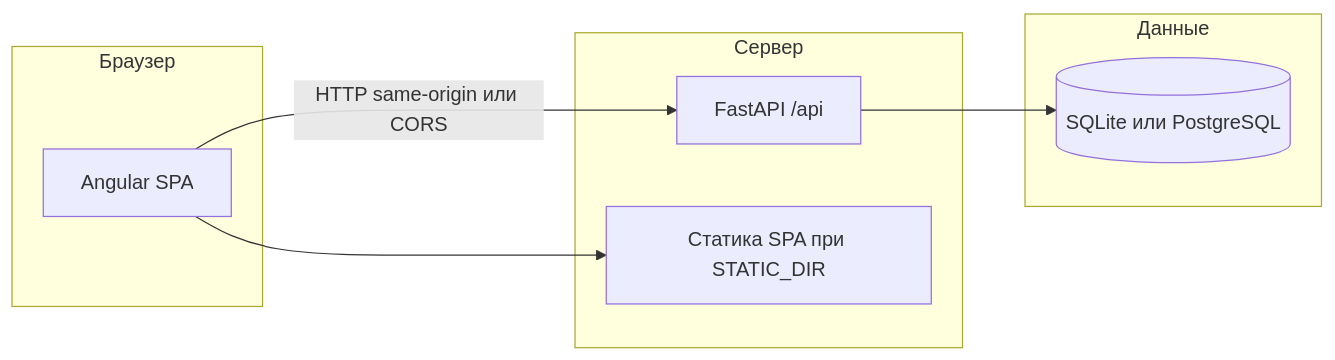
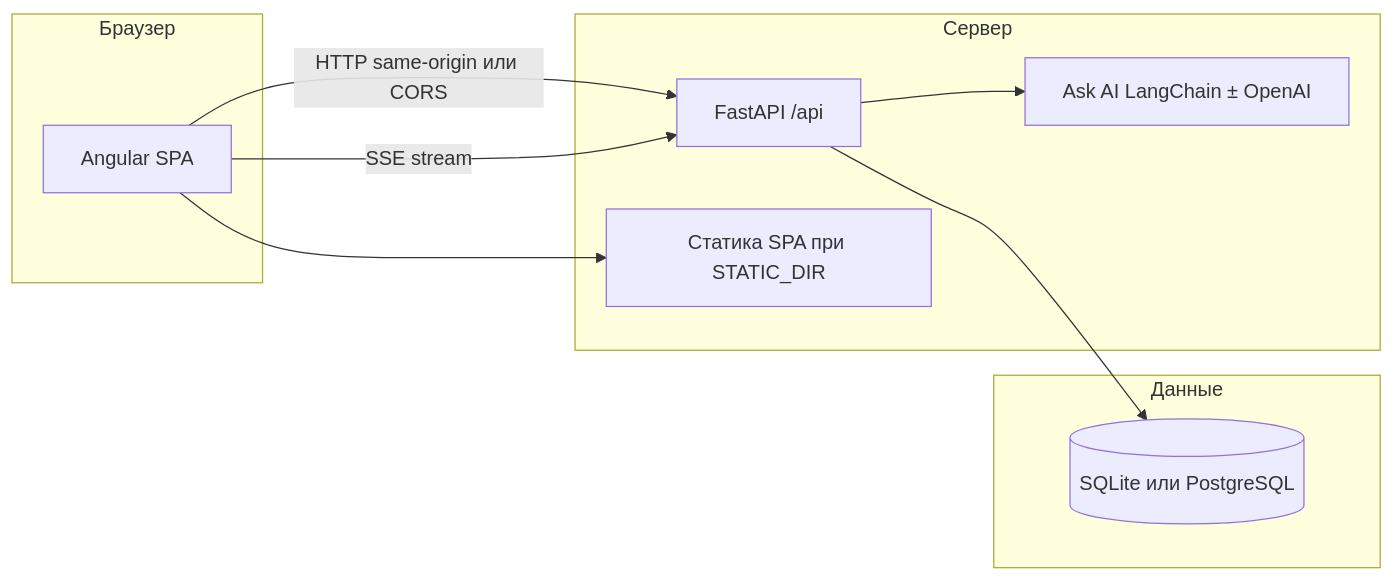
One commit to kenzhe5/selling-tours changed the diagram in README.md. Above: the diagram before and after it, drawn with Mermaid. The commit also changed other lines of this file and 23 other files, not shown here.

````diff
--- a/README.md
+++ b/README.md
@@ -30,16 +30,19 @@
 ```mermaid
 flowchart LR
   subgraph browser [Браузер]
     SPA[Angular SPA]
   end
   subgraph server [Сервер]
     API[FastAPI /api]
+    Agent[Ask AI LangChain ± OpenAI]
     Static[Статика SPA при STATIC_DIR]
   end
   subgraph data [Данные]
     DB[(SQLite или PostgreSQL)]
   end
   SPA -->|HTTP same-origin или CORS| API
+  SPA -->|SSE stream| API
   SPA --> Static
+  API --> Agent
   API --> DB
 ```
````
